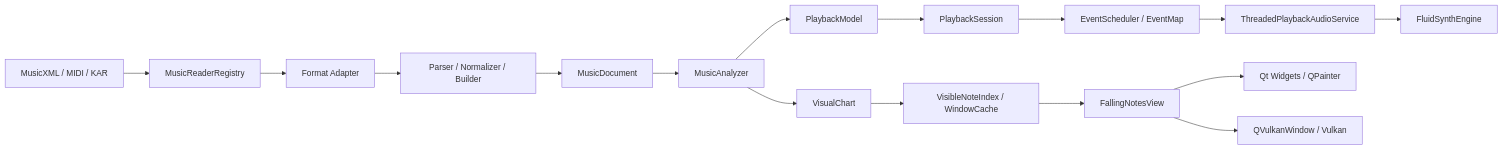
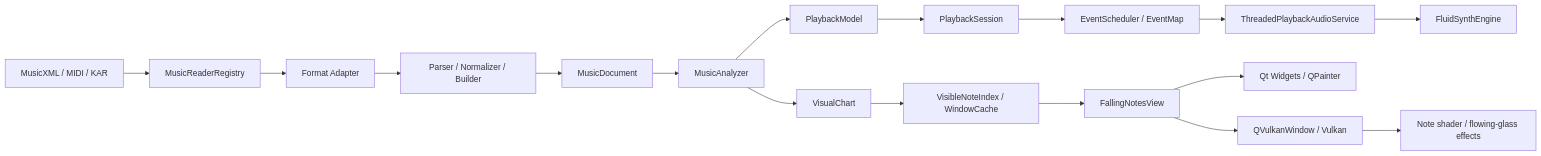
Before and after one commit to allenwu258/midi-play: the diagram in README.md, drawn with Mermaid. The commit also changed other lines of this file, not shown here.

Commit message:
docs: update README for Vulkan effects release

```diff
--- a/README.md
+++ b/README.md
@@ -363,18 +365,19 @@
 ~~~mermaid
 flowchart LR
     A[MusicXML / MIDI / KAR] --> B[MusicReaderRegistry]
     B --> C[Format Adapter]
     C --> D[Parser / Normalizer / Builder]
     D --> E[MusicDocument]
     E --> F[MusicAnalyzer]
     F --> G[PlaybackModel]
     F --> H[VisualChart]
     G --> I[PlaybackSession]
     I --> J[EventScheduler / EventMap]
     J --> K[ThreadedPlaybackAudioService]
     K --> L[FluidSynthEngine]
     H --> M[VisibleNoteIndex / WindowCache]
     M --> N[FallingNotesView]
     N --> O[Qt Widgets / QPainter]
     N --> P[QVulkanWindow / Vulkan]
+    P --> Q[Note shader / flowing-glass effects]
 ~~~
```
